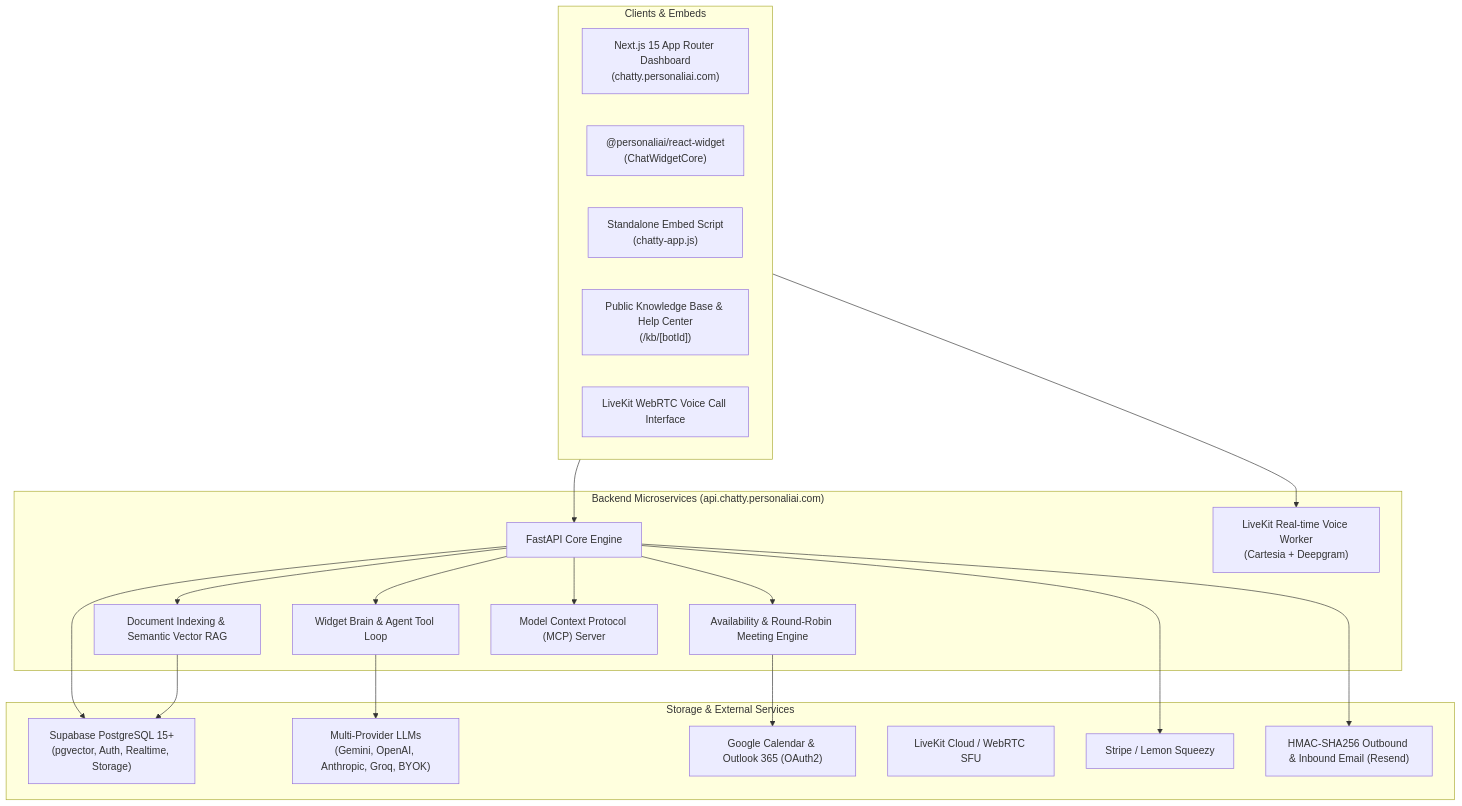
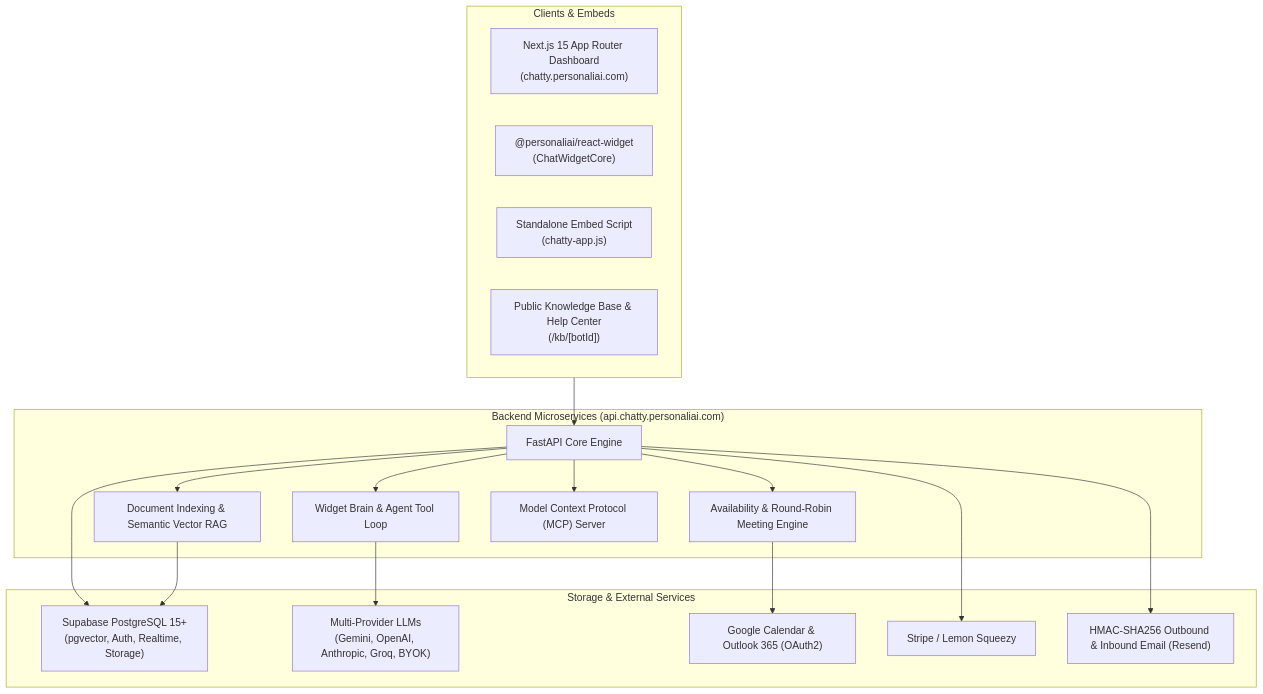
Before and after one commit to PersonaliAI/chatty: the first of 3 diagrams in DOCUMENTATION.md, drawn with Mermaid. The commit also changed other lines of this file and 135 other files, not shown here.

````diff
--- a/DOCUMENTATION.md
+++ b/DOCUMENTATION.md
@@ -31,41 +30,37 @@
 ```mermaid
 graph TB
     subgraph Clients["Clients & Embeds"]
         WebDash["Next.js 15 App Router Dashboard<br/>(chatty.personaliai.com)"]
         WidgetReact["@personaliai/react-widget<br/>(ChatWidgetCore)"]
         WidgetScript["Standalone Embed Script<br/>(chatty-app.js)"]
         KBPortal["Public Knowledge Base & Help Center<br/>(/kb/[botId])"]
-        VoiceWidget["LiveKit WebRTC Voice Call Interface"]
     end
 
     subgraph BackendServices["Backend Microservices (api.chatty.personaliai.com)"]
         FastAPI["FastAPI Core Engine"]
         WidgetBrain["Widget Brain & Agent Tool Loop"]
         AvailabilityEngine["Availability & Round-Robin Meeting Engine"]
         DocRAG["Document Indexing & Semantic Vector RAG"]
-        VoiceWorker["LiveKit Real-time Voice Worker<br/>(Cartesia + Deepgram)"]
         MCPRouter["Model Context Protocol (MCP) Server"]
     end
 
     subgraph DataLayer["Storage & External Services"]
         Supabase["Supabase PostgreSQL 15+<br/>(pgvector, Auth, Realtime, Storage)"]
         LLMs["Multi-Provider LLMs<br/>(Gemini, OpenAI, Anthropic, Groq, BYOK)"]
         Calendars["Google Calendar & Outlook 365 (OAuth2)"]
-        VoiceServices["LiveKit Cloud / WebRTC SFU"]
         Payments["Stripe / Lemon Squeezy"]
         Webhooks["HMAC-SHA256 Outbound & Inbound Email (Resend)"]
     end
 
     Clients --> FastAPI
     FastAPI --> WidgetBrain
     FastAPI --> AvailabilityEngine
     FastAPI --> DocRAG
     FastAPI --> MCPRouter
-    Clients --> VoiceWorker
     FastAPI --> Supabase
     WidgetBrain --> LLMs
     DocRAG --> Supabase
     AvailabilityEngine --> Calendars
     FastAPI --> Payments
     FastAPI --> Webhooks
 ```
````
